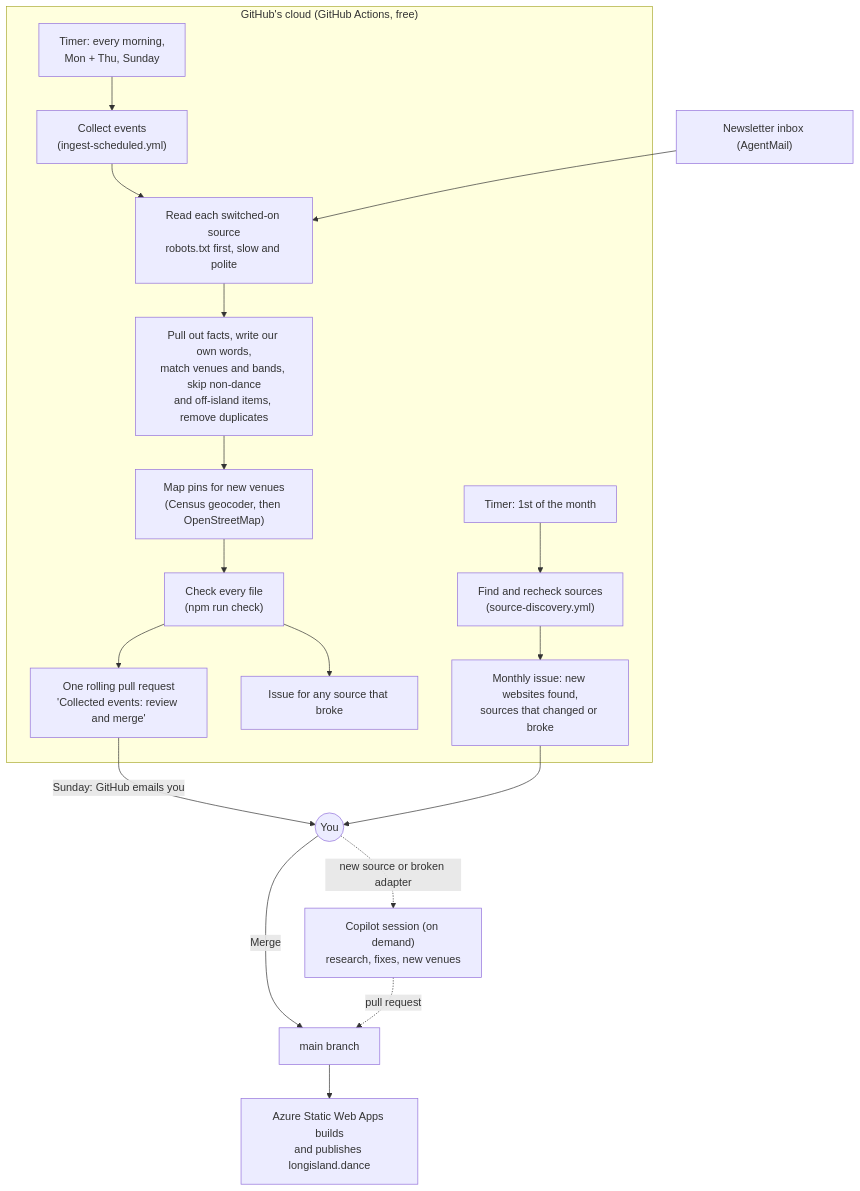
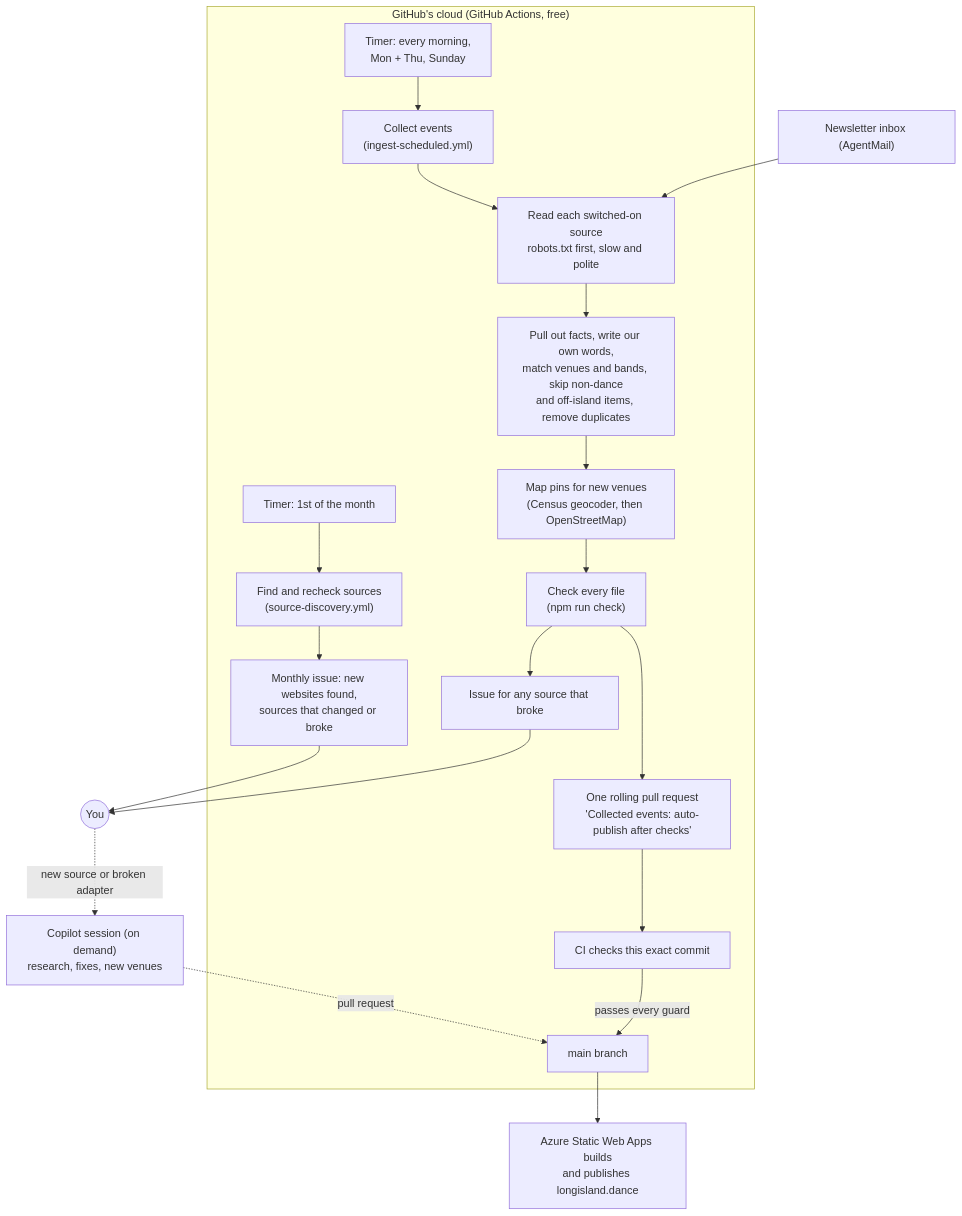
The diagram in docs/how-weekly-updates-work.md (michaelsrichter/long-island-dance-events), drawn with Mermaid before and after one commit. The commit also changed other lines of this file and 35 other files, not shown here.

````diff
--- a/docs/how-weekly-updates-work.md
+++ b/docs/how-weekly-updates-work.md
@@ -32,21 +34,22 @@
 ```mermaid
 flowchart TD
   subgraph GH["GitHub's cloud (GitHub Actions, free)"]
     T1["Timer: every morning,\nMon + Thu, Sunday"] --> C["Collect events\n(ingest-scheduled.yml)"]
     T2["Timer: 1st of the month"] --> D["Find and recheck sources\n(source-discovery.yml)"]
     C --> R1["Read each switched-on source\nrobots.txt first, slow and polite"]
     R1 --> R2["Pull out facts, write our own words,\nmatch venues and bands, skip non-dance\nand off-island items, remove duplicates"]
     R2 --> R3["Map pins for new venues\n(Census geocoder, then OpenStreetMap)"]
     R3 --> R4["Check every file\n(npm run check)"]
-    R4 --> PR["One rolling pull request\n'Collected events: review and merge'"]
+    R4 --> PR["One rolling pull request\n'Collected events: auto-publish after checks'"]
+    PR --> CI["CI checks this exact commit"]
+    CI -->|"passes every guard"| M["main branch"]
     R4 --> IS["Issue for any source that broke"]
     D --> DI["Monthly issue: new websites found,\nsources that changed or broke"]
   end
   N["Newsletter inbox (AgentMail)"] --> R1
-  PR -->|"Sunday: GitHub emails you"| O(("You"))
   DI --> O
-  O -->|"Merge"| M["main branch"]
+  IS --> O(("You"))
   M --> AZ["Azure Static Web Apps builds\nand publishes longisland.dance"]
   O -.->|"new source or broken adapter"| CP["Copilot session (on demand)\nresearch, fixes, new venues"]
   CP -.->|"pull request"| M
 ```
````
